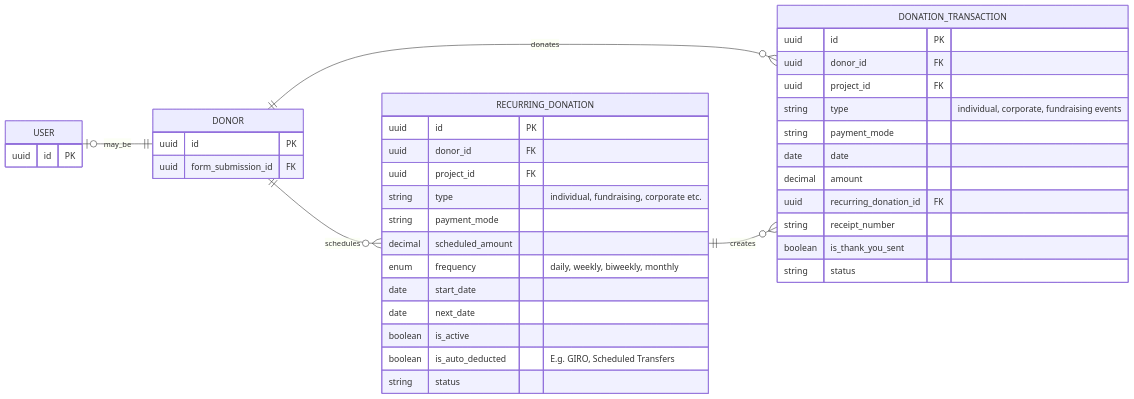
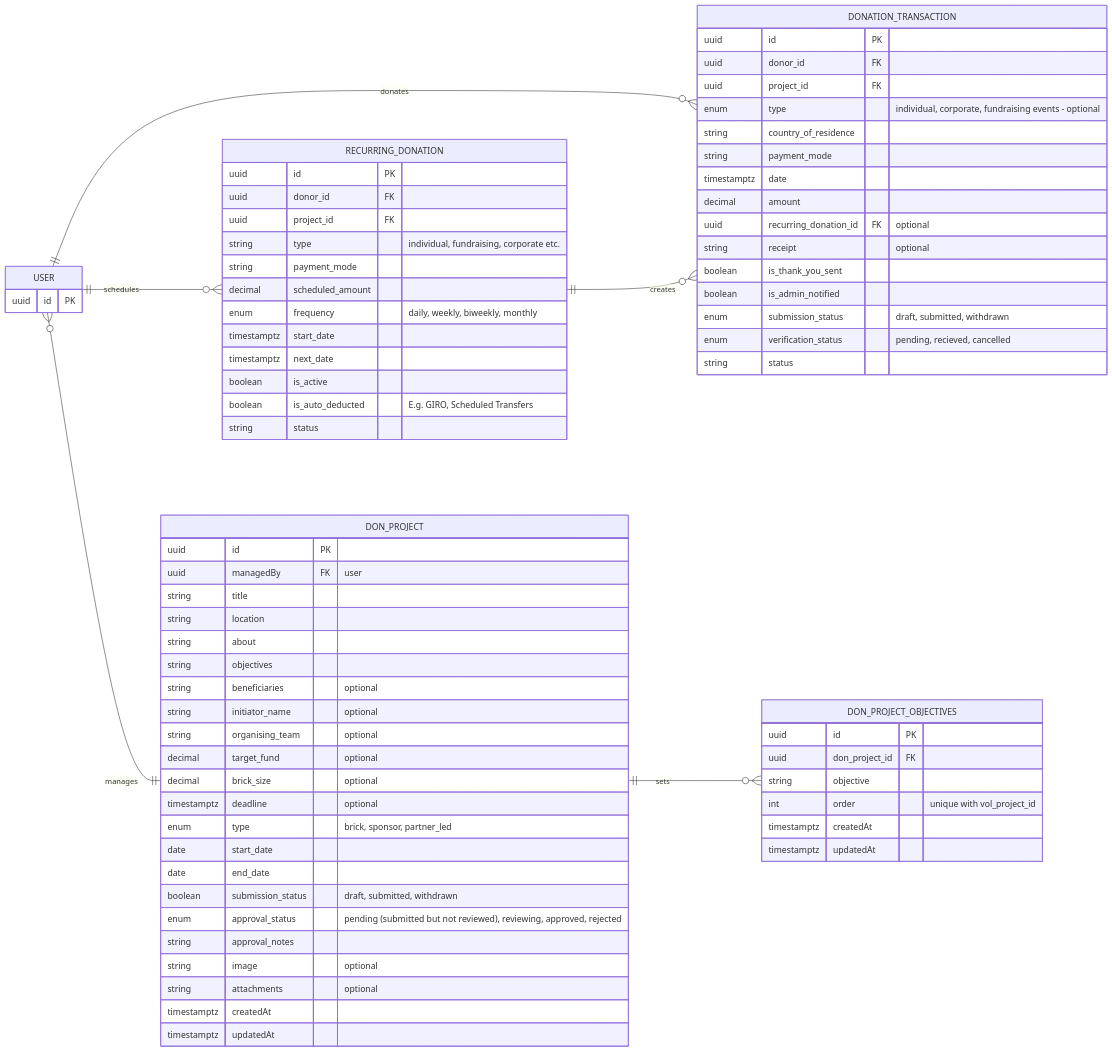
Before and after one commit to SiloamXperience-DG-AY2526/backend: the diagram in docs/db-schema/donor-ms-schema.md, drawn with Mermaid. The commit also changed 13 other files, not shown here.

Commit message:
Init db schema v2

````diff
--- a/docs/db-schema/donor-ms-schema.md
+++ b/docs/db-schema/donor-ms-schema.md
@@ -17,43 +13,81 @@
 ```mermaid
 erDiagram
     direction LR
-    USER |o--|| DONOR : may_be
-    DONOR ||--o{ DONATION_TRANSACTION : donates
-    DONOR ||--o{ RECURRING_DONATION : schedules
+    USER ||--o{ DONATION_TRANSACTION : donates
+    USER ||--o{ RECURRING_DONATION : schedules
     RECURRING_DONATION ||--o{ DONATION_TRANSACTION : creates
-
+    USER }o--|| DON_PROJECT: manages
+    DON_PROJECT ||--o{ DON_PROJECT_OBJECTIVES: sets
     USER {
         uuid id PK
-    }
-    DONOR {
-        uuid id PK
-        uuid form_submission_id FK
     }
     RECURRING_DONATION {
         uuid id PK
         uuid donor_id FK
         uuid project_id FK
         string type "individual, fundraising, corporate etc."
         string payment_mode
         decimal scheduled_amount
         enum frequency "daily, weekly, biweekly, monthly"
-        date start_date
-        date next_date
+        timestamptz start_date
+        timestamptz next_date
         boolean is_active
         boolean is_auto_deducted "E.g. GIRO, Scheduled Transfers"
         string status
     }
     DONATION_TRANSACTION {
         uuid id PK
         uuid donor_id FK
         uuid project_id FK
-        string type "individual, corporate, fundraising events"
+        enum type "individual, corporate, fundraising events - optional"
+
+        string country_of_residence
         string payment_mode
-        date date
+        timestamptz date
         decimal amount
-        uuid recurring_donation_id FK
-        string receipt_number
+        uuid recurring_donation_id FK "optional"
+        string receipt "optional"
         boolean is_thank_you_sent
+        boolean is_admin_notified
+        enum submission_status "draft, submitted, withdrawn"
+        enum verification_status "pending, recieved, cancelled"
         string status
     }
+    DON_PROJECT {
+        uuid id PK
+        uuid managedBy FK "user"
+        string title
+        string location
+        string about
+        string objectives
+        string beneficiaries "optional"
+        string initiator_name "optional"
+        string organising_team "optional"
+
+        decimal target_fund "optional"
+        decimal brick_size "optional"
+        timestamptz deadline "optional"
+        enum type "brick, sponsor, partner_led"
+
+        date start_date
+        date end_date
+
+        boolean submission_status "draft, submitted, withdrawn"
+        enum approval_status "pending (submitted but not reviewed), reviewing, approved, rejected"
+        string approval_notes
+        string image "optional"
+        string attachments "optional"
+        timestamptz createdAt
+        timestamptz updatedAt
+    }
+    DON_PROJECT_OBJECTIVES {
+        uuid id PK
+        uuid don_project_id FK
+        string objective
+        int order "unique with vol_project_id"
+        timestamptz createdAt
+        timestamptz updatedAt
+    }
+
+
 ```
````
